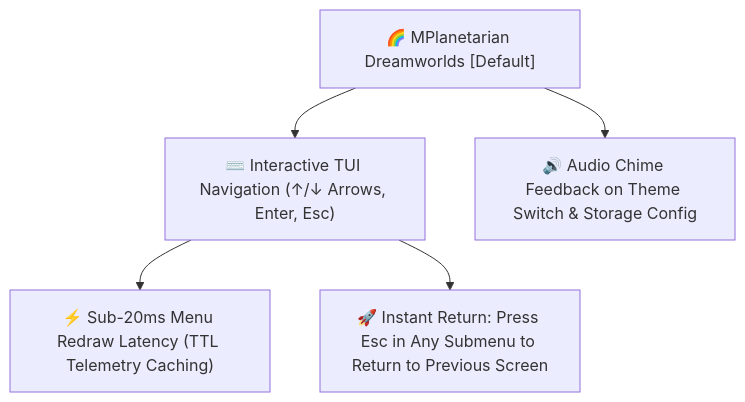
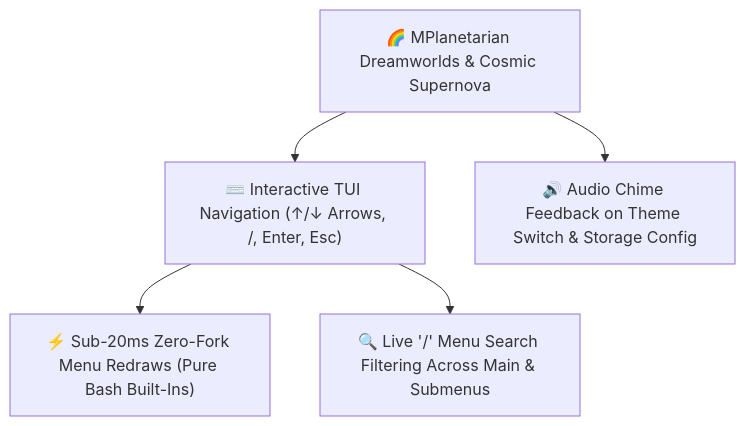
One commit to MPlanetarian/MPMixManager_v0.4-x64 changed the first of 11 diagrams in README.md. Above: the diagram before and after it, drawn with Mermaid. The commit also changed other lines of this file and 5 other files, not shown here.

````diff
--- a/README.md
+++ b/README.md
@@ -74,7 +95,7 @@
 ```mermaid
 flowchart TD
-    A["🌈 MPlanetarian Dreamworlds [Default]"] --> C["⌨️ Interactive TUI Navigation (↑/↓ Arrows, Enter, Esc)"]
+    A["🌈 MPlanetarian Dreamworlds & Cosmic Supernova"] --> C["⌨️ Interactive TUI Navigation (↑/↓ Arrows, /, Enter, Esc)"]
     A --> D["🔊 Audio Chime Feedback on Theme Switch & Storage Config"]
-    C --> E["⚡ Sub-20ms Menu Redraw Latency (TTL Telemetry Caching)"]
-    C --> F["🚀 Instant Return: Press Esc in Any Submenu to Return to Previous Screen"]
+    C --> E["⚡ Sub-20ms Zero-Fork Menu Redraws (Pure Bash Built-Ins)"]
+    C --> F["🔍 Live '/' Menu Search Filtering Across Main & Submenus"]
 ```
````
